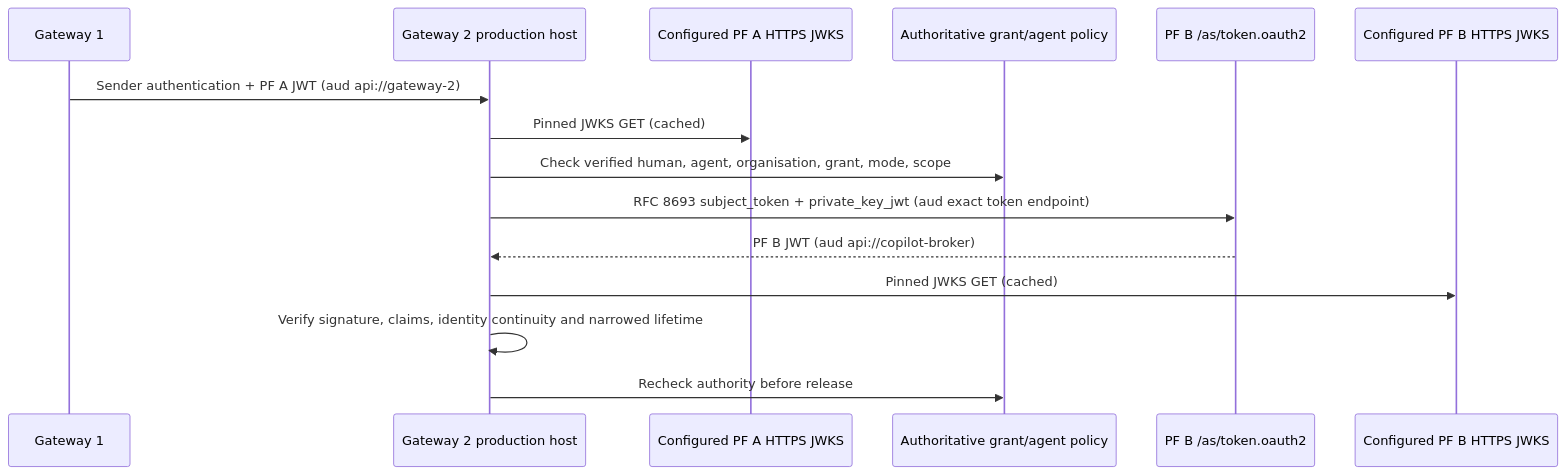
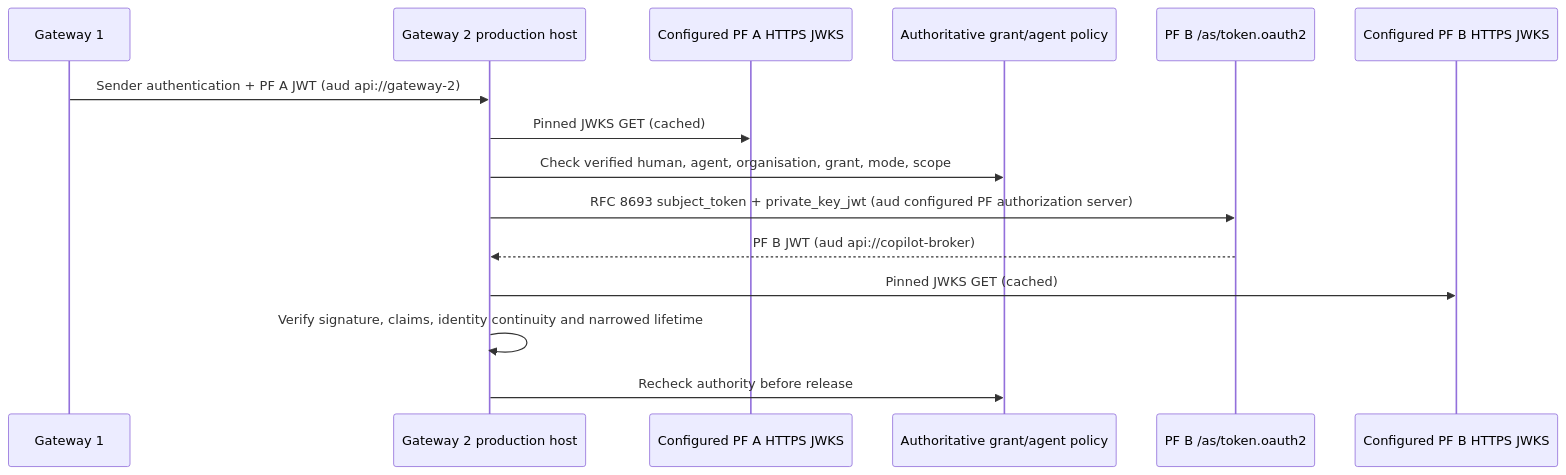
Before and after one commit to darkedges/pf-codex-poc: the diagram in docs/gateway-2-production.md, drawn with Mermaid. The commit also changed other lines of this file and 783 other files, not shown here.

````diff
--- a/docs/gateway-2-production.md
+++ b/docs/gateway-2-production.md
@@ -52,17 +54,17 @@
 ```mermaid
 sequenceDiagram
   participant G1 as Gateway 1
   participant G2 as Gateway 2 production host
   participant A as Configured PF A HTTPS JWKS
   participant P as Authoritative grant/agent policy
   participant B as PF B /as/token.oauth2
   participant J as Configured PF B HTTPS JWKS
   G1->>G2: Sender authentication + PF A JWT (aud api://gateway-2)
   G2->>A: Pinned JWKS GET (cached)
   G2->>P: Check verified human, agent, organisation, grant, mode, scope
-  G2->>B: RFC 8693 subject_token + private_key_jwt (aud exact token endpoint)
+  G2->>B: RFC 8693 subject_token + private_key_jwt (aud configured PF authorization server)
   B-->>G2: PF B JWT (aud api://copilot-broker)
   G2->>J: Pinned JWKS GET (cached)
   G2->>G2: Verify signature, claims, identity continuity and narrowed lifetime
   G2->>P: Recheck authority before release
 ```
````
